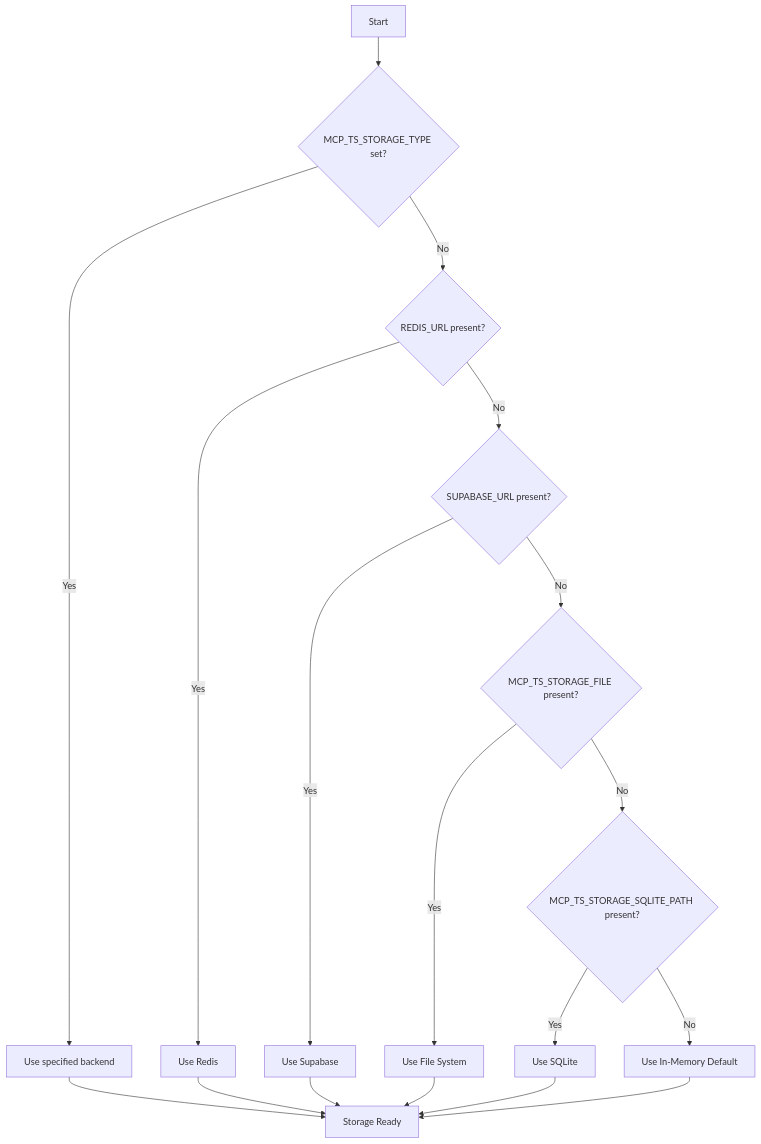
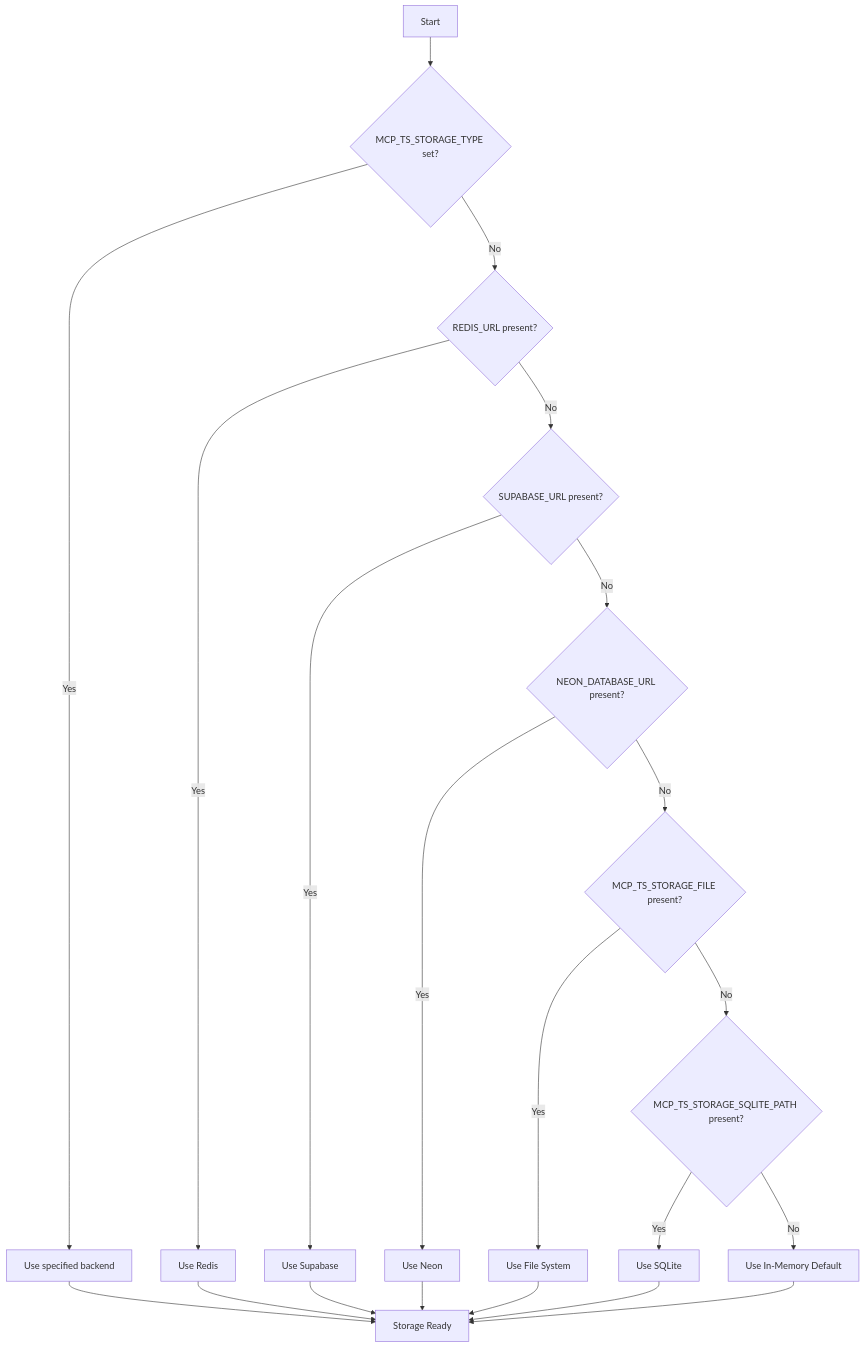
One commit to Granny-vs-luke/mcp-ts changed the diagram in docs/storage-backends/overview.md. Above: the diagram before and after it, drawn with Mermaid. The commit also changed other lines of this file and 10 other files, not shown here.

Commit message:
feat: add Neon storage backend support and update documentation

````diff
--- a/docs/storage-backends/overview.md
+++ b/docs/storage-backends/overview.md
@@ -13,24 +13,27 @@
 ```mermaid
 graph TD
     A[Start] --> B{MCP_TS_STORAGE_TYPE set?}
     B -->|Yes| C[Use specified backend]
     B -->|No| D{REDIS_URL present?}
     D -->|Yes| E[Use Redis]
     D -->|No| F{SUPABASE_URL present?}
     F -->|Yes| G[Use Supabase]
-    F -->|No| H{MCP_TS_STORAGE_FILE present?}
+    F -->|No| N{NEON_DATABASE_URL present?}
     
     C --> L[Storage Ready]
     E --> L
     G --> L
+    N -->|Yes| O[Use Neon]
+    O --> L
     
+    N -->|No| H{MCP_TS_STORAGE_FILE present?}
     H -->|Yes| I[Use File System]
     H -->|No| J{MCP_TS_STORAGE_SQLITE_PATH present?}
     
     I --> L
     J -->|Yes| K[Use SQLite]
     J -->|No| M[Use In-Memory Default]
     
     K --> L
     M --> L
 ```
````
